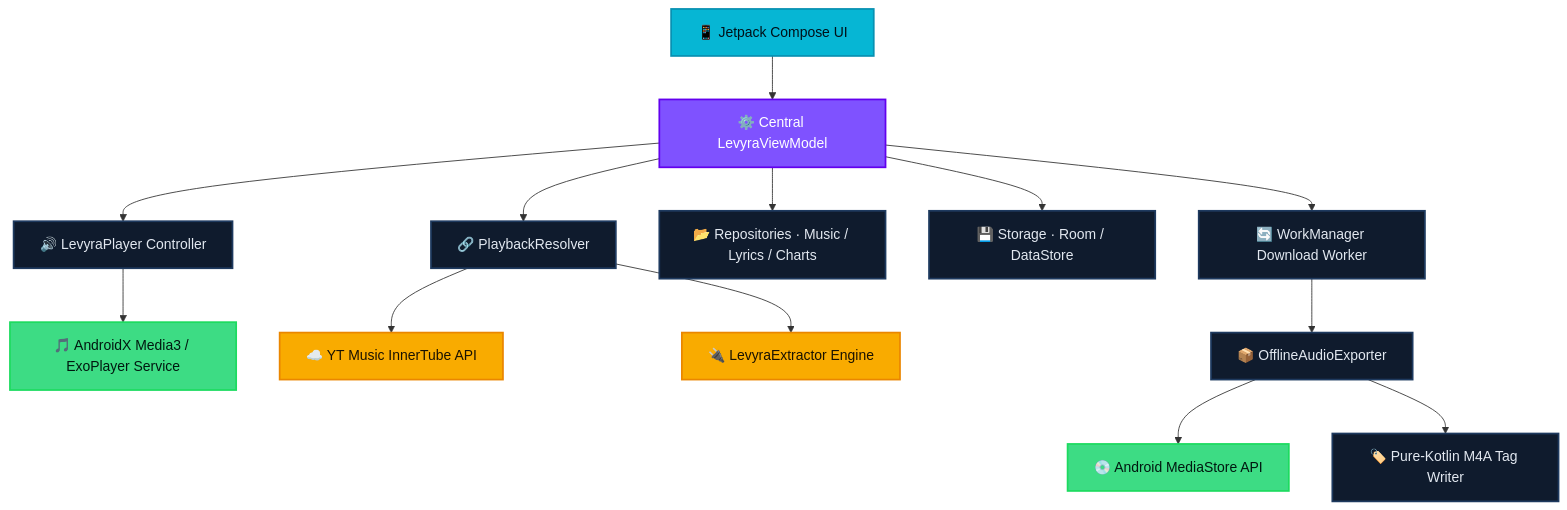
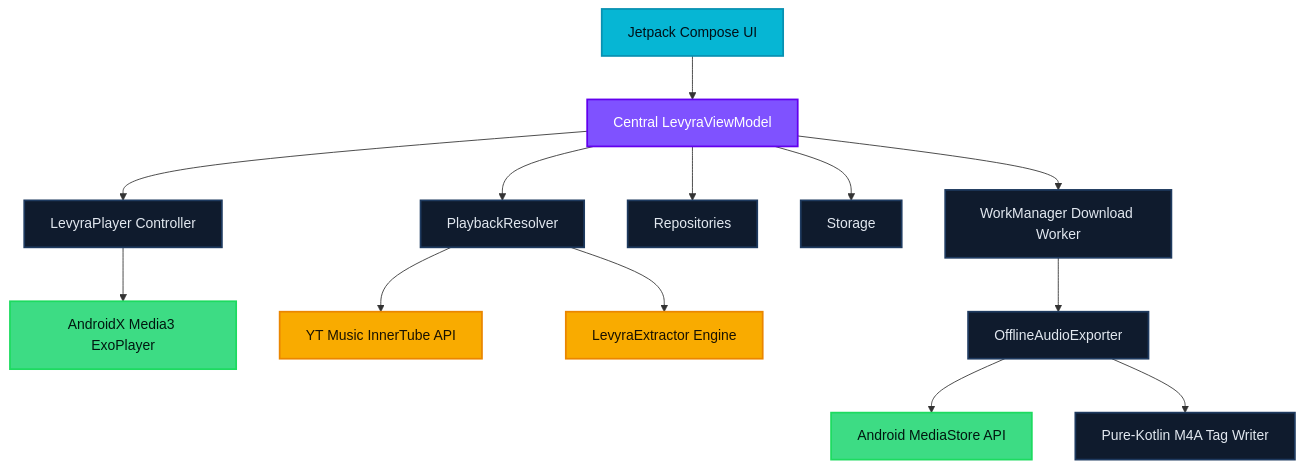
The diagram in README.md (LUC4N3X/Levyra-deepsound), drawn with Mermaid before and after one commit. The commit also changed other lines of this file, not shown here.

````diff
--- a/README.md
+++ b/README.md
@@ -205,25 +151,25 @@
 ```mermaid
 graph TD
     classDef ui fill:#06B6D4,stroke:#0891B2,stroke-width:2px,color:#001018;
     classDef vm fill:#7F52FF,stroke:#6200EE,stroke-width:2px,color:#fff;
     classDef core fill:#0F1B2D,stroke:#1E3A5F,stroke-width:2px,color:#E2E8F0;
     classDef engine fill:#3DDC84,stroke:#1DDB60,stroke-width:2px,color:#001810;
     classDef ext fill:#F9AB00,stroke:#EA8600,stroke-width:2px,color:#1A1200;
 
-    UI["📱 Jetpack Compose UI"]:::ui --> VM["⚙️ Central LevyraViewModel"]:::vm
+    UI["Jetpack Compose UI"]:::ui --> VM["Central LevyraViewModel"]:::vm
 
-    VM --> Player["🔊 LevyraPlayer Controller"]:::core
-    VM --> Resolver["🔗 PlaybackResolver"]:::core
-    VM --> Repos["📂 Repositories · Music / Lyrics / Charts"]:::core
-    VM --> Store["💾 Storage · Room / DataStore"]:::core
-    VM --> Work["🔄 WorkManager Download Worker"]:::core
+    VM --> Player["LevyraPlayer Controller"]:::core
+    VM --> Resolver["PlaybackResolver"]:::core
+    VM --> Repos["Repositories"]:::core
+    VM --> Store["Storage"]:::core
+    VM --> Work["WorkManager Download Worker"]:::core
 
-    Player --> Media3["🎵 AndroidX Media3 / ExoPlayer Service"]:::engine
+    Player --> Media3["AndroidX Media3 ExoPlayer"]:::engine
 
-    Resolver --> InnerTube["☁️ YT Music InnerTube API"]:::ext
-    Resolver --> Extractor["🔌 LevyraExtractor Engine"]:::ext
+    Resolver --> InnerTube["YT Music InnerTube API"]:::ext
+    Resolver --> Extractor["LevyraExtractor Engine"]:::ext
 
-    Work --> Exporter["📦 OfflineAudioExporter"]:::core
-    Exporter --> MediaStore["💿 Android MediaStore API"]:::engine
-    Exporter --> Tagger["🏷️ Pure-Kotlin M4A Tag Writer"]:::core
+    Work --> Exporter["OfflineAudioExporter"]:::core
+    Exporter --> MediaStore["Android MediaStore API"]:::engine
+    Exporter --> Tagger["Pure-Kotlin M4A Tag Writer"]:::core
 ```
````
